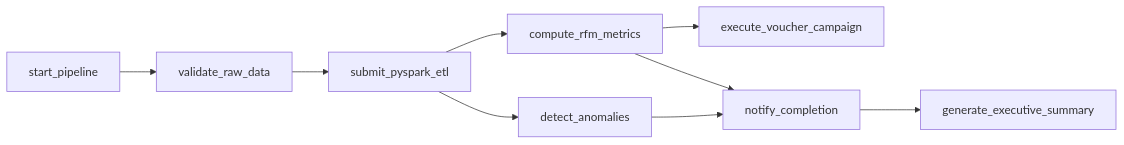
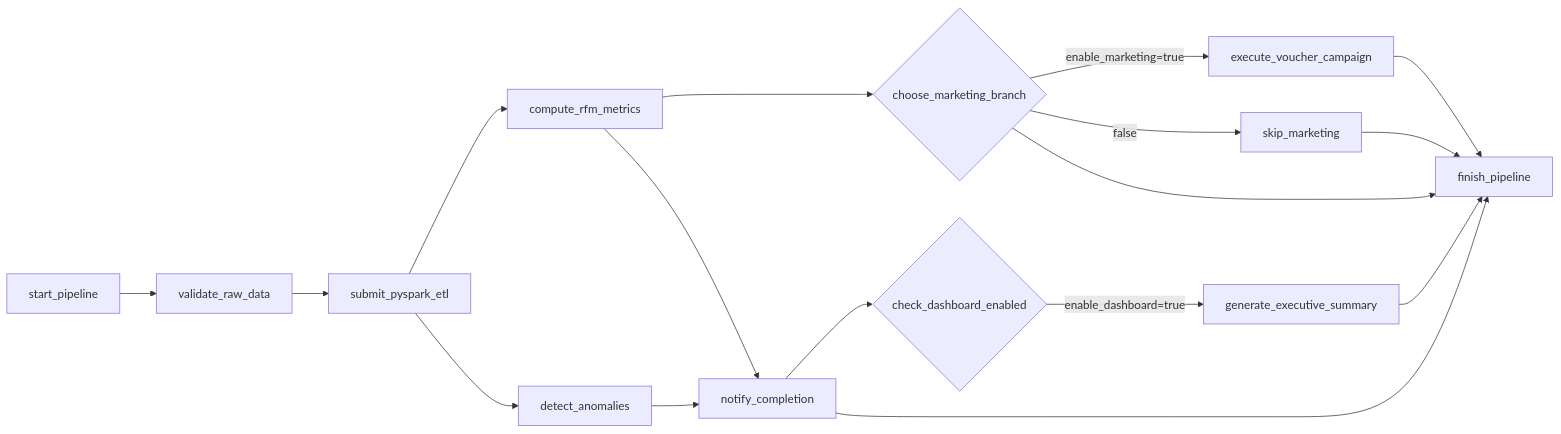
Before and after one commit to Smashultra/Airflow-Apache-Retail-E-Commerce-Dataset: the diagram in docs/ALLINONE_DAG_VI.md, drawn with Mermaid. The commit also changed other lines of this file and 5 other files, not shown here.

````diff
--- a/docs/ALLINONE_DAG_VI.md
+++ b/docs/ALLINONE_DAG_VI.md
@@ -7,11 +7,19 @@
 ```mermaid
 flowchart LR
     S[start_pipeline] --> V[validate_raw_data]
     V --> E[submit_pyspark_etl]
     E --> R[compute_rfm_metrics]
     E --> A[detect_anomalies]
-    R --> M[execute_voucher_campaign]
+    R --> B{choose_marketing_branch}
+    B -->|enable_marketing=true| M[execute_voucher_campaign]
+    B -->|false| K[skip_marketing]
     R --> N[notify_completion]
     A --> N
-    N --> D[generate_executive_summary]
+    N --> C{check_dashboard_enabled}
+    C -->|enable_dashboard=true| D[generate_executive_summary]
+    N --> F[finish_pipeline]
+    B --> F
+    M --> F
+    K --> F
+    D --> F
 ```
````
